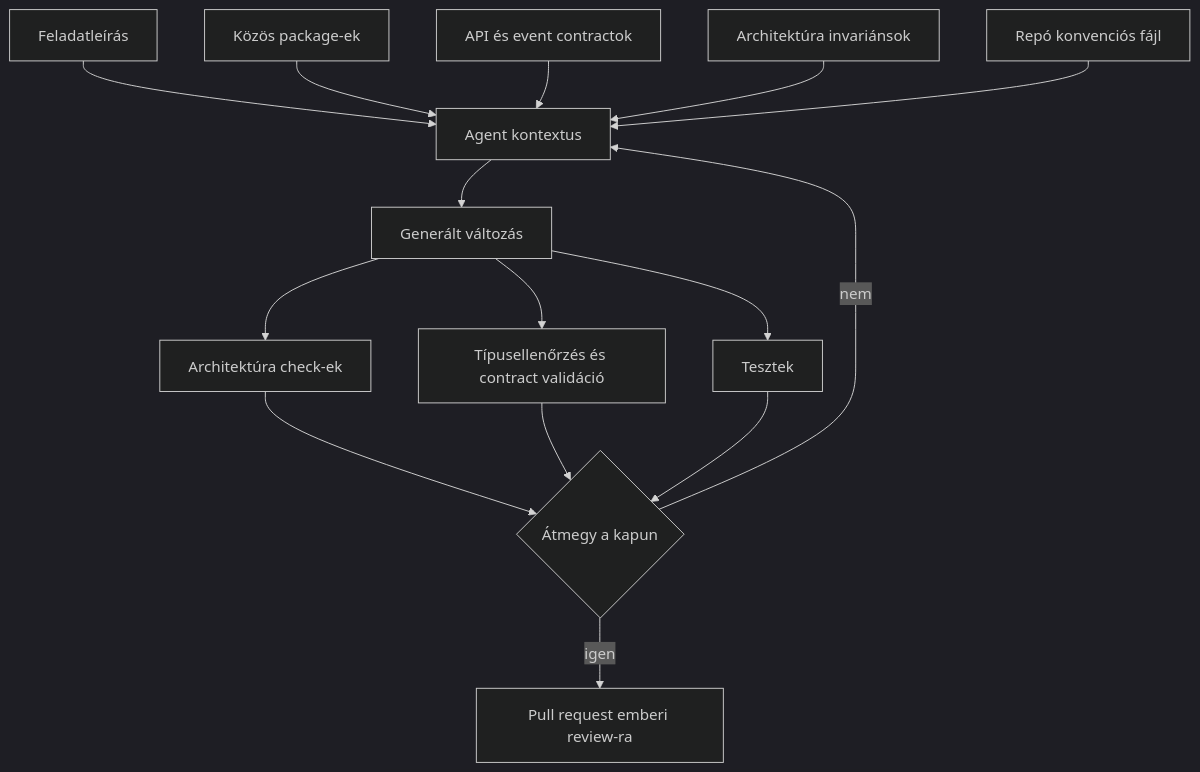
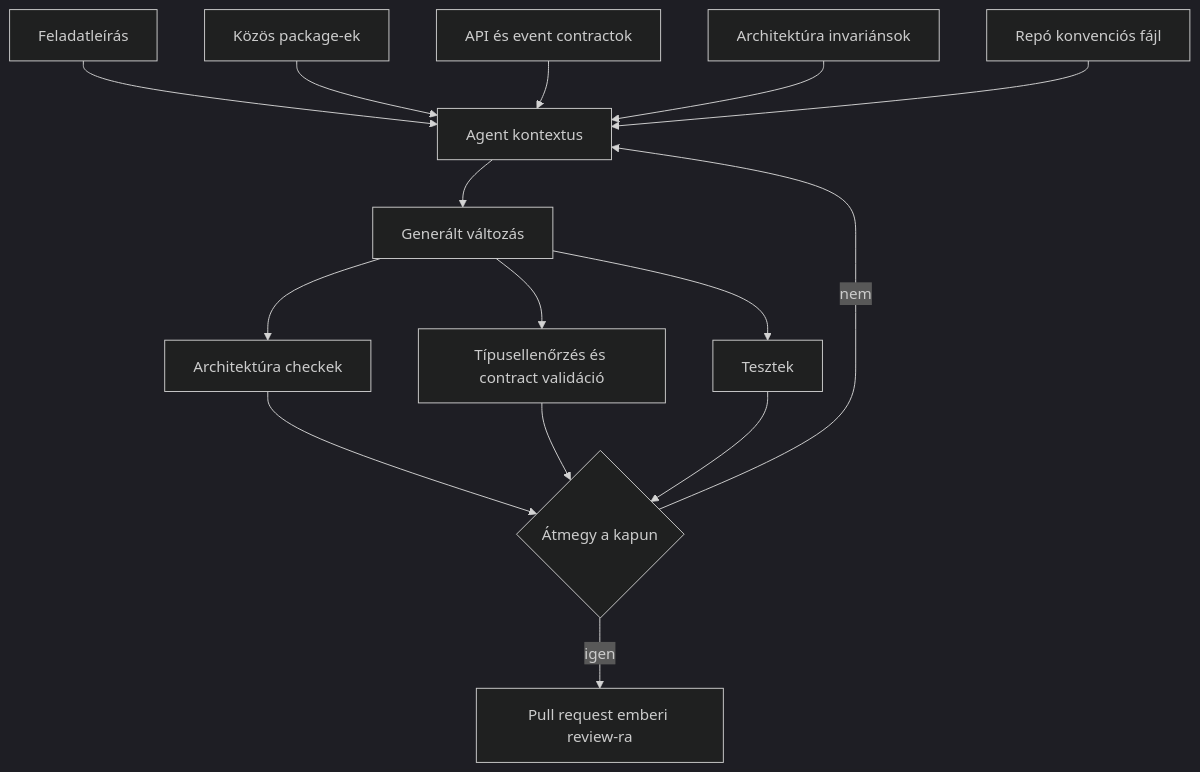
Before and after one commit to monad-systems/monad.hu: the first of 2 diagrams in posts/hu/building-blocks-ai-native-development.md, drawn with Mermaid (dark theme). The commit also changed other lines of this file and 5 other files, not shown here.

````diff
--- a/posts/hu/building-blocks-ai-native-development.md
+++ b/posts/hu/building-blocks-ai-native-development.md
@@ -99,17 +99,17 @@
 ```mermaid
 flowchart TD
     A[Feladatleírás] --> Z[Agent kontextus]
     B[Közös package-ek] --> Z
     C[API és event contractok] --> Z
     D[Architektúra invariánsok] --> Z
     E[Repó konvenciós fájl] --> Z
     Z --> F[Generált változás]
-    F --> G[Architektúra check-ek]
+    F --> G[Architektúra checkek]
     F --> H[Típusellenőrzés és contract validáció]
     F --> I[Tesztek]
     G --> J{Átmegy a kapun}
     H --> J
     I --> J
     J -->|nem| Z
     J -->|igen| K[Pull request emberi review-ra]
 ```
````
